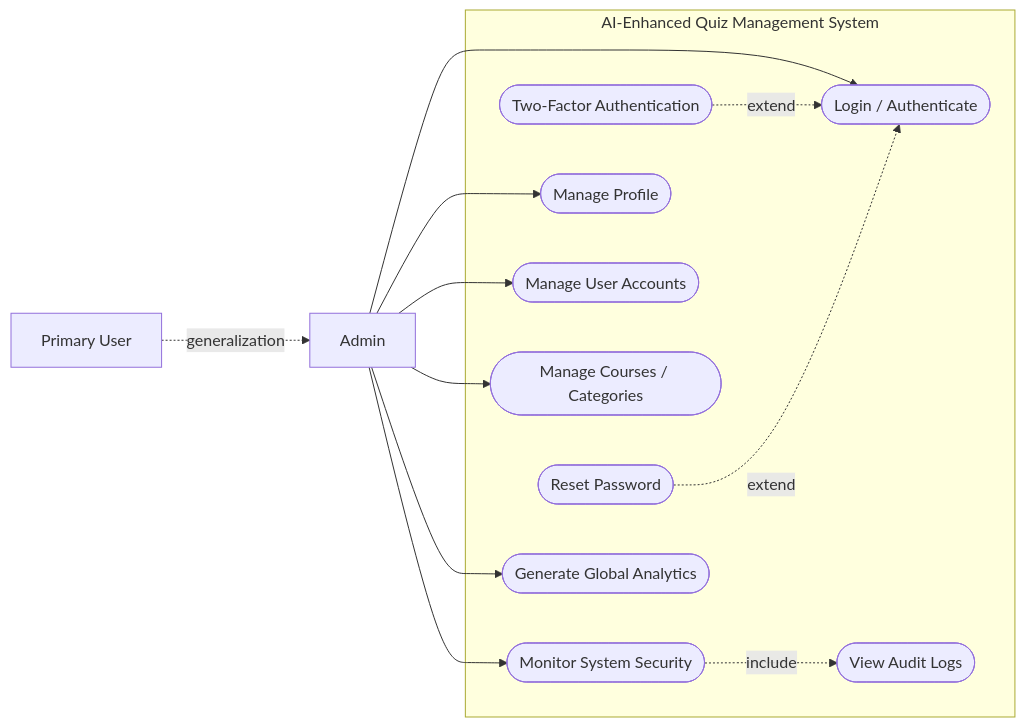
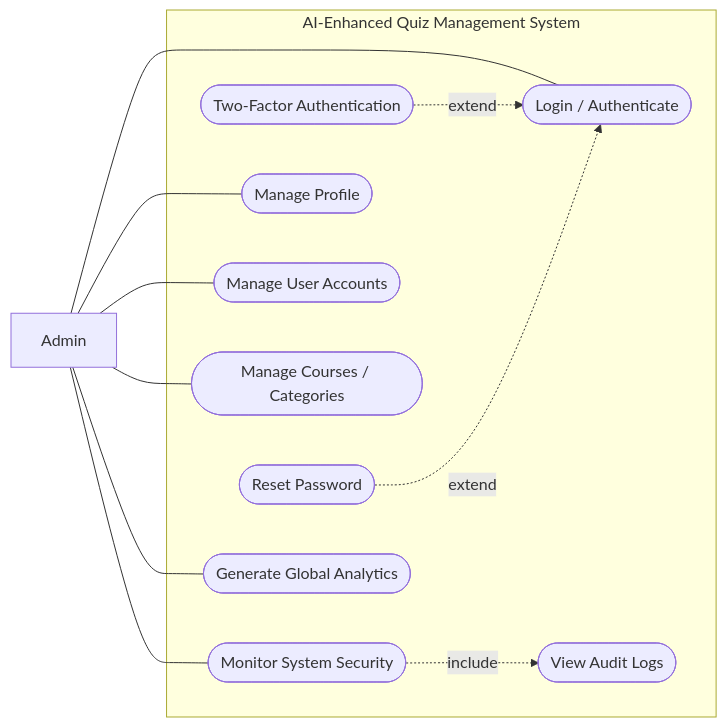
The diagram in admin.md (Pakeeza1508/OOAD_Project), drawn with Mermaid before and after one commit. The commit also changed other lines of this file, not shown here.

````diff
--- a/admin.md
+++ b/admin.md
@@ -5,36 +5,29 @@
 ```mermaid
 flowchart LR
-	%% Actors
-	PU["Primary User"]
-	A["Admin"]
+    A["Admin"]
 
-	%% System Boundary
-	subgraph SYS["AI-Enhanced Quiz Management System"]
-		L(["Login / Authenticate"])
-		T(["Two-Factor Authentication"])
-		R(["Reset Password"])
-		P(["Manage Profile"])
+    subgraph SYS["AI-Enhanced Quiz Management System"]
+        L(["Login / Authenticate"])
+        T(["Two-Factor Authentication"])
+        R(["Reset Password"])
+        P(["Manage Profile"])
+        U(["Manage User Accounts"])
+        C(["Manage Courses / Categories"])
+        S(["Monitor System Security"])
+        V(["View Audit Logs"])
+        G(["Generate Global Analytics"])
+    end
 
-		U(["Manage User Accounts"])
-		C(["Manage Courses / Categories"])
-		S(["Monitor System Security"])
-		V(["View Audit Logs"])
-		G(["Generate Global Analytics"])
-	end
+    %% Association (actor participates in use case)
+    A --- L
+    A --- P
+    A --- U
+    A --- C
+    A --- S
+    A --- G
 
-	%% Generalization (Actor inheritance)
-	PU -. generalization .-> A
-
-	%% Actor Associations
-	A --> L
-	A --> P
-	A --> U
-	A --> C
-	A --> S
-	A --> G
-
-	%% UML-style Relationships
-	T -. "extend" .-> L
-	R -. "extend" .-> L
-	S -. "include" .-> V
+    %% UML relationships between use cases
+    T -. "extend" .-> L
+    R -. "extend" .-> L
+    S -. "include" .-> V
 ```
````
